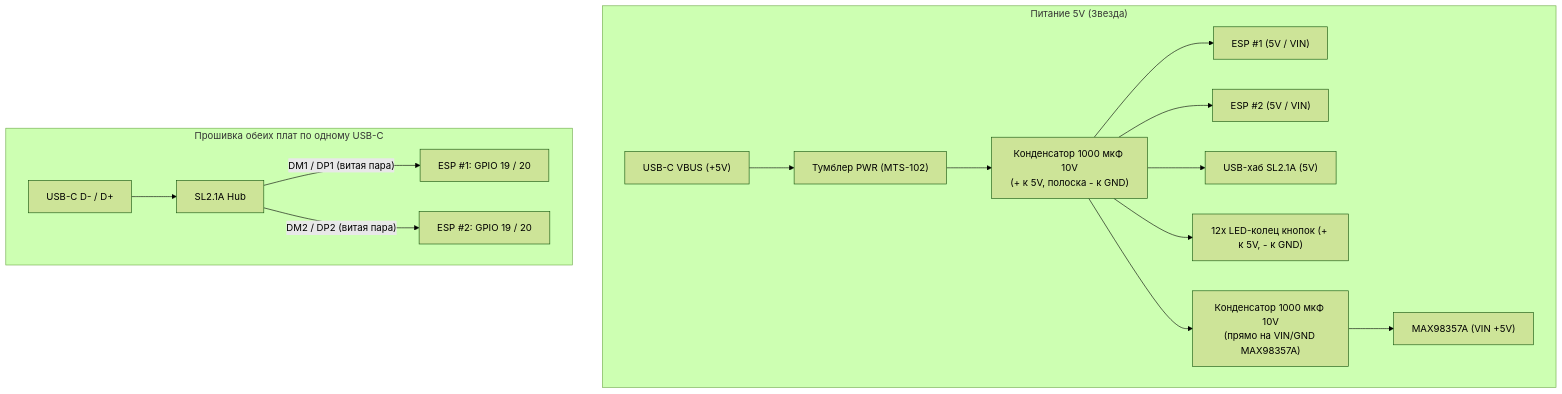
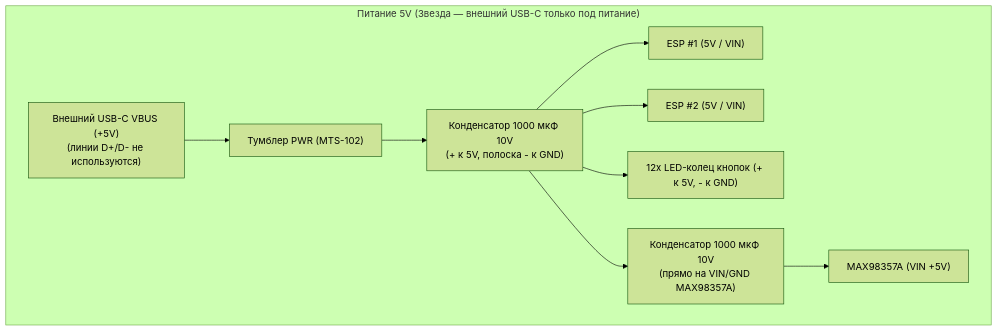
Before and after one commit to onceuponoleg/CyberDeckSynth: the first of 2 diagrams in docs/WIRING_AND_PINOUT.md, drawn with Mermaid (forest theme). The commit also changed other lines of this file, not shown here.

````diff
--- a/docs/WIRING_AND_PINOUT.md
+++ b/docs/WIRING_AND_PINOUT.md
@@ -63,18 +63,11 @@
 ```mermaid
 flowchart TB
-    subgraph POWER["Питание 5V (Звезда)"]
-        USBC_V["USB-C VBUS (+5V)"] --> SW_P["Тумблер PWR (MTS-102)"]
+    subgraph POWER["Питание 5V (Звезда — внешний USB-C только под питание)"]
+        USBC_V["Внешний USB-C VBUS (+5V)<br/>(линии D+/D- не используются)"] --> SW_P["Тумблер PWR (MTS-102)"]
         SW_P --> C1["Конденсатор 1000 мкФ 10V<br/>(+ к 5V, полоска - к GND)"]
         C1 --> P_E1["ESP #1 (5V / VIN)"]
         C1 --> P_E2["ESP #2 (5V / VIN)"]
-        C1 --> P_HUB["USB-хаб SL2.1A (5V)"]
         C1 --> P_LEDS["12x LED-колец кнопок (+ к 5V, - к GND)"]
         C1 --> C2["Конденсатор 1000 мкФ 10V<br/>(прямо на VIN/GND MAX98357A)"] --> P_AMP["MAX98357A (VIN +5V)"]
     end
-
-    subgraph USB["Прошивка обеих плат по одному USB-C"]
-        USBC_D["USB-C D- / D+"] --> HUB["SL2.1A Hub"]
-        HUB -->|"DM1 / DP1 (витая пара)"| U1["ESP #1: GPIO 19 / 20"]
-        HUB -->|"DM2 / DP2 (витая пара)"| U2["ESP #2: GPIO 19 / 20"]
-    end
 ```
````
